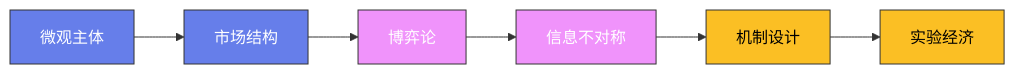
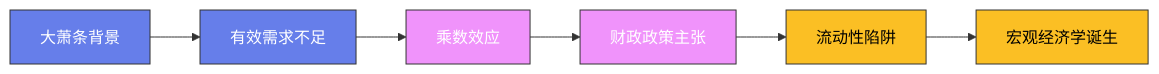
One commit to Fengur/Fengur.github.io changed the diagram in content/posts/ModelCreate/经济学与金融/05-凯恩斯主义经济学.md. Above: the diagram before and after it, drawn with Mermaid. The commit also changed 118 other files, not shown here.

````diff
--- a/content/posts/ModelCreate/经济学与金融/05-凯恩斯主义经济学.md
+++ b/content/posts/ModelCreate/经济学与金融/05-凯恩斯主义经济学.md
@@ -69,16 +69,16 @@
 ```mermaid
 graph LR
-    A["微观主体"] --> B["市场结构"]
-    B --> C["博弈论"]
-    C --> D["信息不对称"]
-    D --> E["机制设计"]
-    E --> F["实验经济"]
+    A["大萧条背景"] --> B["有效需求不足"]
+    B --> C["乘数效应"]
+    C --> D["财政政策主张"]
+    D --> E["流动性陷阱"]
+    E --> F["宏观经济学诞生"]
 
     classDef early fill:#667eea,stroke:#333,color:white
     classDef mid fill:#f093fb,stroke:#333,color:white
     classDef modern fill:#fbbf24,stroke:#333,color:black
 
     class A,B early
     class C,D mid
     class E,F modern
 ```
````
